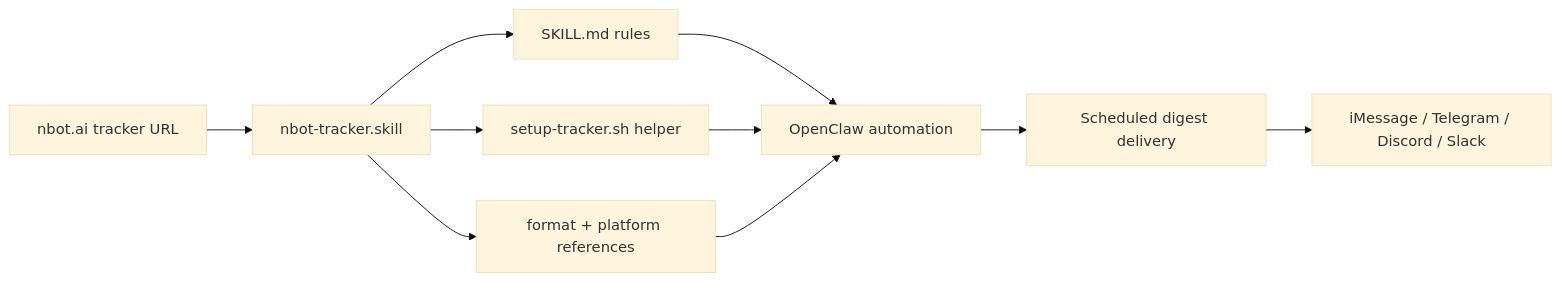
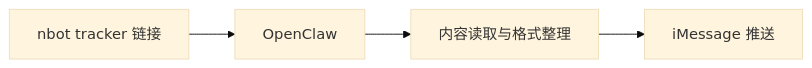
The diagram in README.md (Tracy479/nbot-tracker-openclaw), drawn with Mermaid (base theme) before and after one commit. The commit also changed other lines of this file and 1 other file, not shown here.

````diff
--- a/README.md
+++ b/README.md
@@ -78,12 +29,6 @@
 ```mermaid
 flowchart LR
-    A["nbot.ai tracker URL"] --> B["nbot-tracker.skill"]
-    B --> C["SKILL.md rules"]
-    B --> D["setup-tracker.sh helper"]
-    B --> E["format + platform references"]
-    C --> F["OpenClaw automation"]
-    D --> F
-    E --> F
-    F --> G["Scheduled digest delivery"]
-    G --> H["iMessage / Telegram / Discord / Slack"]
+    A["nbot tracker 链接"] --> B["OpenClaw"]
+    B --> C["内容读取与格式整理"]
+    C --> D["iMessage 推送"]
 ```
````
